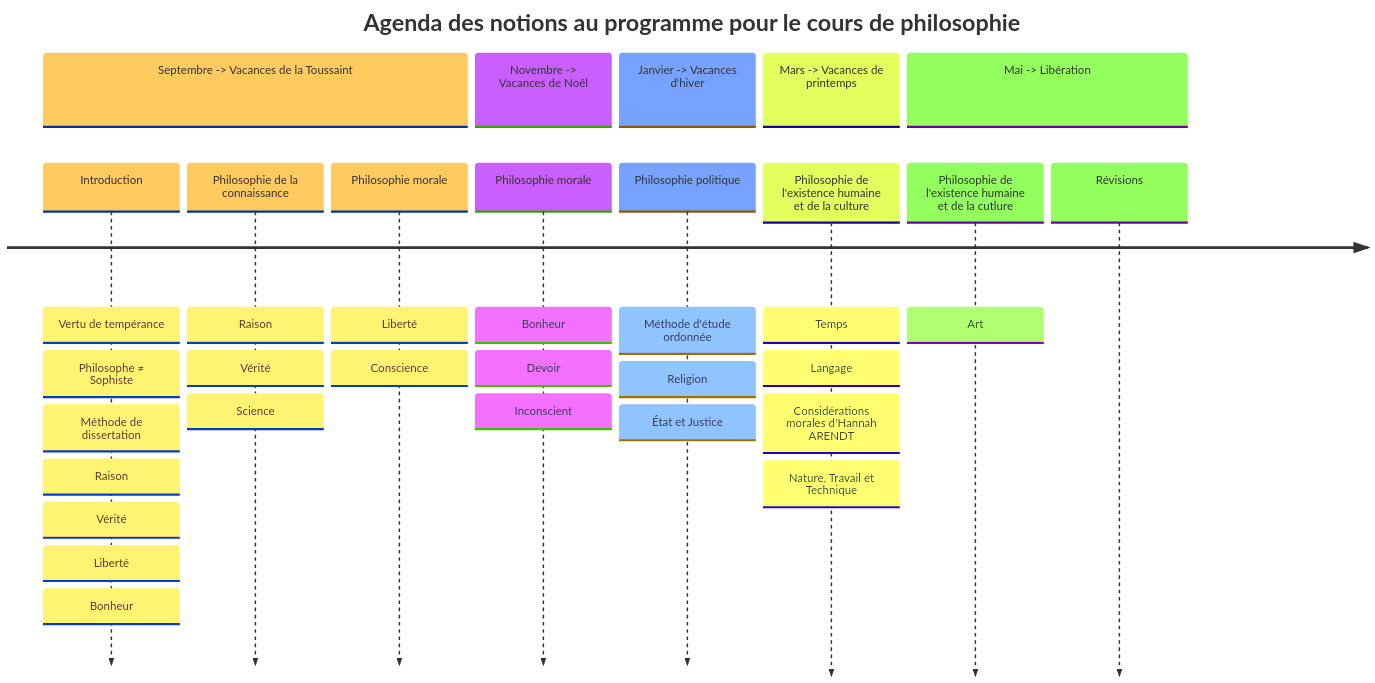
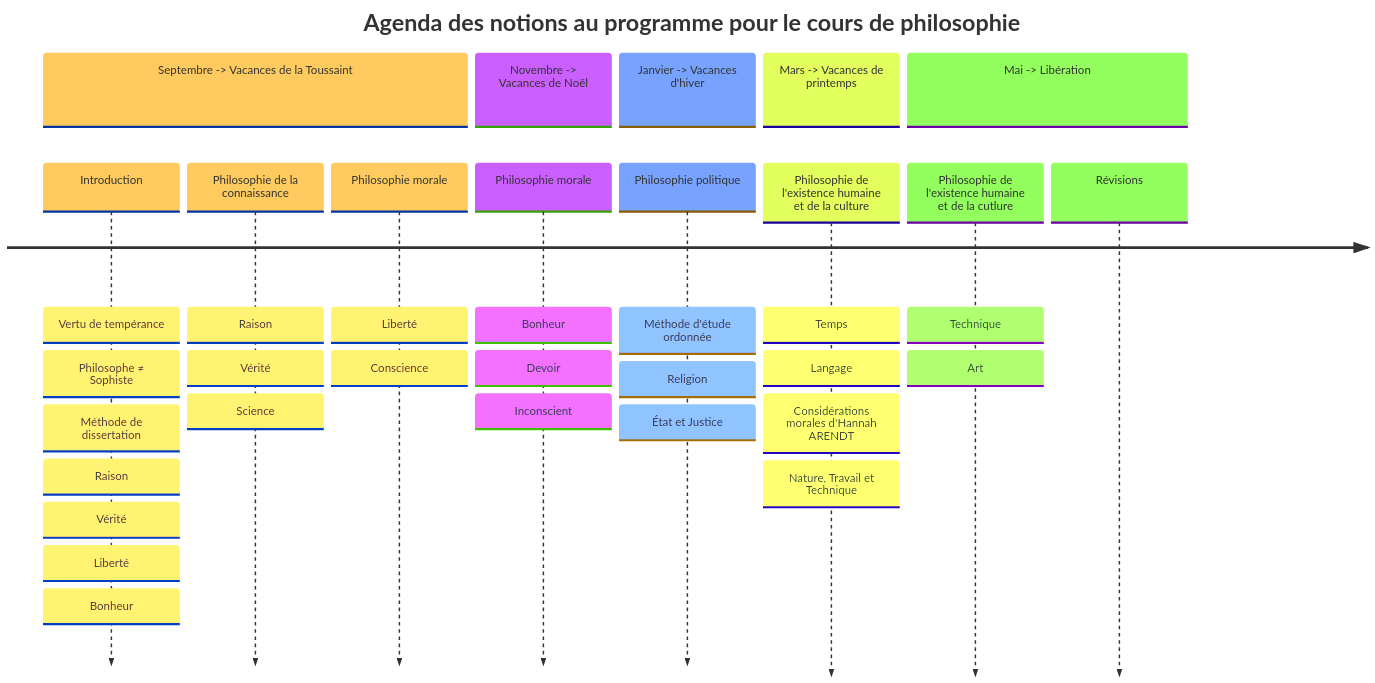
The diagram in PlanCours-notions.mmd (IpadDilectio/Mairmaid), drawn with Mermaid before and after one commit.

Commit message:
Update PlanCours-notions.mmd
J'ai ajouté au dernier trimestre une continuation du cours sur la technique.

```diff
--- a/PlanCours-notions.mmd
+++ b/PlanCours-notions.mmd
@@ -1,21 +1,21 @@
 ---
 config:
   theme: base
   themeVariables:
     fontFamily: verdana
 ---
 timeline
     title Agenda des notions au programme pour le cours de philosophie
     section Septembre -> Vacances de la Toussaint
         Introduction : Vertu de tempérance : Philosophe ≠ Sophiste : Méthode de dissertation : Raison : Vérité : Liberté : Bonheur
         Philosophie de la connaissance : Raison : Vérité : Science
         Philosophie morale : Liberté : Conscience
     section Novembre -> Vacances de Noël
         Philosophie morale : Bonheur : Devoir : Inconscient
     section Janvier -> Vacances d'hiver
         Philosophie politique : Méthode d'étude ordonnée : Religion : État et Justice
     section Mars -> Vacances de printemps
         Philosophie de l'existence humaine et de la culture : Temps : Langage : Considérations morales d'Hannah ARENDT : Nature, Travail et Technique
     section Mai -> Libération
-        Philosophie de l'existence humaine et de la cutlure : Art
+        Philosophie de l'existence humaine et de la cutlure : Technique : Art
         Révisions
```
